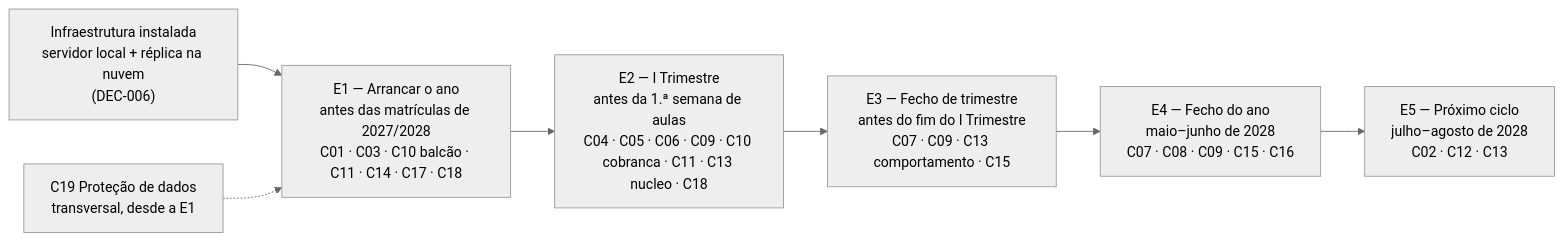
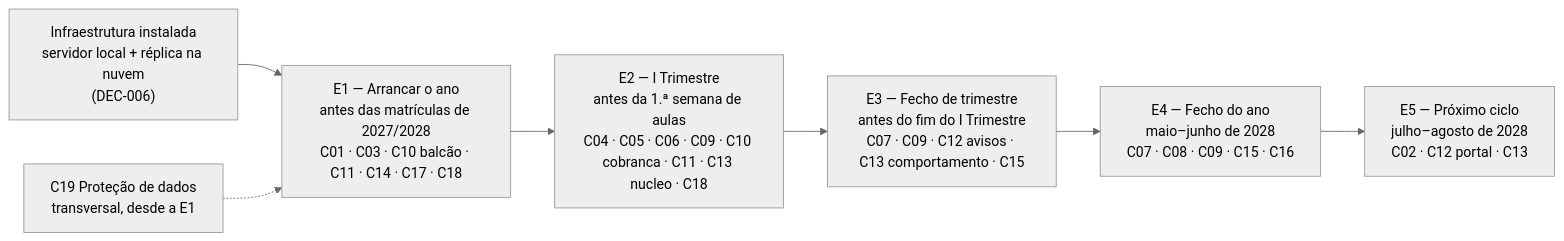
The second of 2 diagrams in 01 - Projetos/SGE - IPCAG 12008 BGO/20 - Qualidade e Operacao/06 - Visao e Ambito.md (Angeloaqp/sge-ipcag-12008), drawn with Mermaid (neutral theme) before and after one commit. The commit also changed other lines of this file and 5 other files, not shown here.

````diff
--- a/01 - Projetos/SGE - IPCAG 12008 BGO/20 - Qualidade e Operacao/06 - Visao e Ambito.md
+++ b/01 - Projetos/SGE - IPCAG 12008 BGO/20 - Qualidade e Operacao/06 - Visao e Ambito.md
@@ -179,10 +179,10 @@
 ```mermaid
 flowchart LR
     INF["Infraestrutura instalada<br>servidor local + réplica na nuvem<br>(DEC-006)"] --> E1
     E1["E1 — Arrancar o ano<br>antes das matrículas de 2027/2028<br>C01 · C03 · C10 balcão · C11 · C14 · C17 · C18"] --> E2
     E2["E2 — I Trimestre<br>antes da 1.ª semana de aulas<br>C04 · C05 · C06 · C09 · C10 cobranca · C11 · C13 nucleo · C18"] --> E3
-    E3["E3 — Fecho de trimestre<br>antes do fim do I Trimestre<br>C07 · C09 · C13 comportamento · C15"] --> E4
+    E3["E3 — Fecho de trimestre<br>antes do fim do I Trimestre<br>C07 · C09 · C12 avisos · C13 comportamento · C15"] --> E4
     E4["E4 — Fecho do ano<br>maio–junho de 2028<br>C07 · C08 · C09 · C15 · C16"] --> E5
-    E5["E5 — Próximo ciclo<br>julho–agosto de 2028<br>C02 · C12 · C13"]
+    E5["E5 — Próximo ciclo<br>julho–agosto de 2028<br>C02 · C12 portal · C13"]
     C19["C19 Proteção de dados<br>transversal, desde a E1"] -.-> E1
 ```
````
